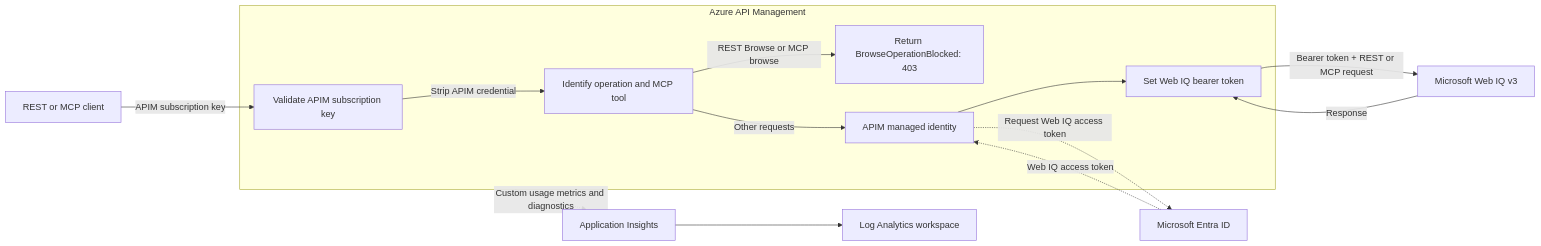
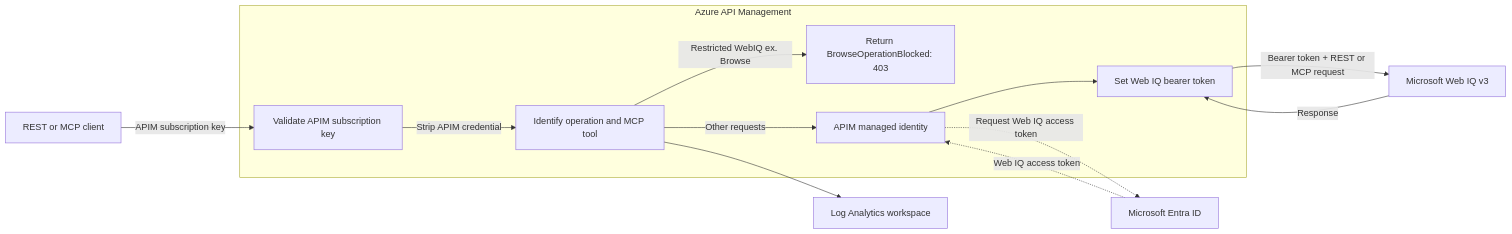
The first of 2 diagrams in labs/web-iq/README.md (jakeatmsft/AI-Gateway), drawn with Mermaid before and after one commit.

````diff
--- a/labs/web-iq/README.md
+++ b/labs/web-iq/README.md
@@ -46,23 +46,22 @@
 ```mermaid
 flowchart LR
     Client[REST or MCP client]
     Entra[Microsoft Entra ID]
     subgraph Gateway[Azure API Management]
         Subscription[Validate APIM subscription key]
         Inspect[Identify operation and MCP tool]
         Block[Return BrowseOperationBlocked: 403]
         Auth[APIM managed identity]
         Forward[Set Web IQ bearer token]
     end
     Client -->|APIM subscription key| Subscription
     Subscription -->|Strip APIM credential| Inspect
-    Inspect -->|REST Browse or MCP browse| Block
+    Inspect -->|Restricted WebIQ ex. Browse| Block
     Inspect -->|Other requests| Auth
     Auth -.->|Request Web IQ access token| Entra
     Entra -.->|Web IQ access token| Auth
     Auth --> Forward
     Forward -->|Bearer token + REST or MCP request| WebIQ[Microsoft Web IQ v3]
     WebIQ -->|Response| Forward
-    Gateway -.->|Custom usage metrics and diagnostics| Insights[Application Insights]
-    Insights --> Logs[Log Analytics workspace]
+    Inspect --> Logs[Log Analytics workspace]
 ```
````
